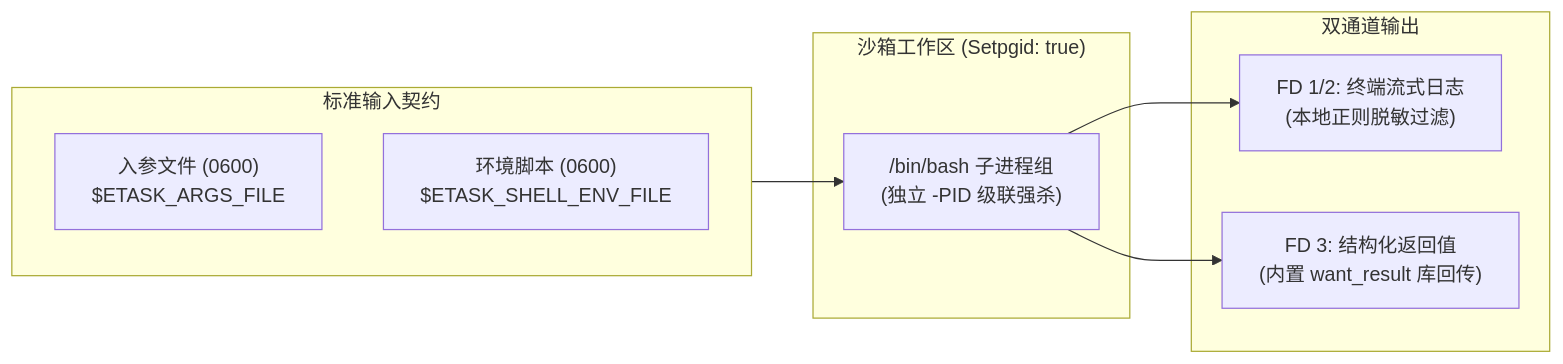
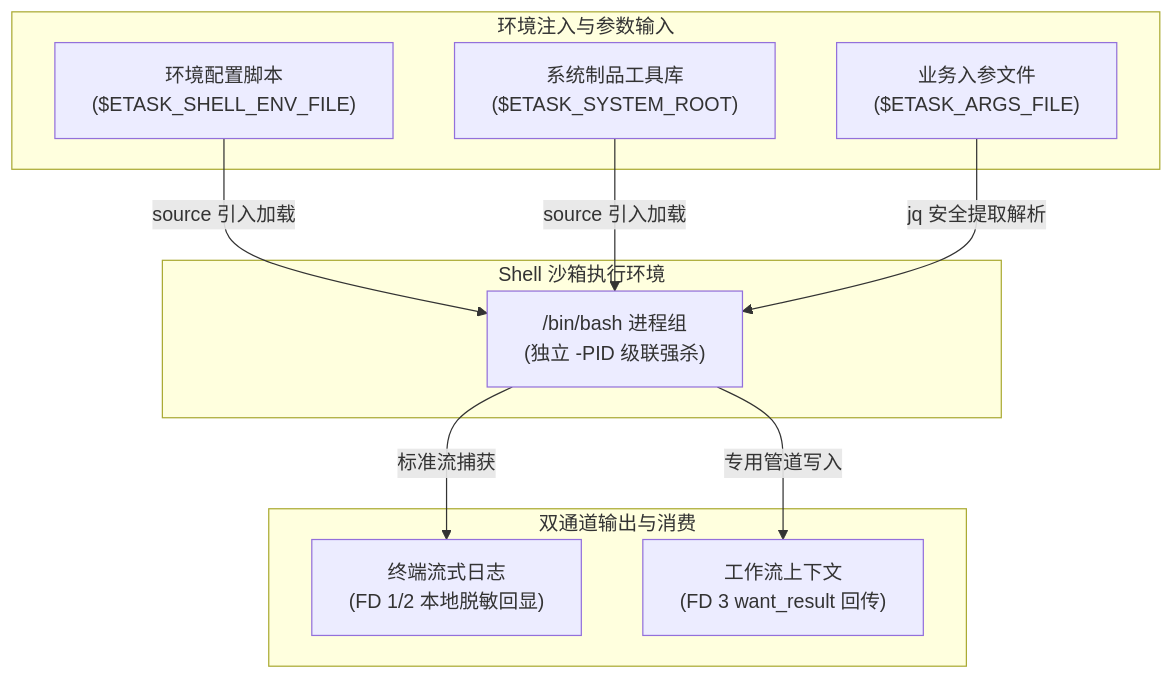
The diagram in docs/task/runner/shell.md (Duke1616/duke1616.github.io), drawn with Mermaid before and after one commit. The commit also changed other lines of this file and 7 other files, not shown here.

Commit message:
docs(task): 重构异构执行引擎体系文档与架构全景图，统称单文件与项目级运行

````diff
--- a/docs/task/runner/shell.md
+++ b/docs/task/runner/shell.md
@@ -5,20 +5,22 @@
 ```mermaid
-flowchart LR
-    subgraph Inputs ["标准输入契约"]
-        Args["入参文件 (0600)<br/>$ETASK_ARGS_FILE"]
-        Env["环境脚本 (0600)<br/>$ETASK_SHELL_ENV_FILE"]
+flowchart TD
+    subgraph Inputs ["环境注入与参数输入"]
+        Env["环境配置脚本<br/>($ETASK_SHELL_ENV_FILE)"]
+        Args["业务入参文件<br/>($ETASK_ARGS_FILE)"]
+        Sys["系统制品工具库<br/>($ETASK_SYSTEM_ROOT)"]
     end
 
-    subgraph Sandbox ["沙箱工作区 (Setpgid: true)"]
-        Bash["/bin/bash 子进程组<br/>(独立 -PID 级联强杀)"]
+    subgraph Sandbox ["Shell 沙箱执行环境"]
+        Runner["/bin/bash 进程组<br/>(独立 -PID 级联强杀)"]
     end
 
-    subgraph Outputs ["双通道输出"]
-        Log["FD 1/2: 终端流式日志<br/>(本地正则脱敏过滤)"]
-        Result["FD 3: 结构化返回值<br/>(内置 want_result 库回传)"]
+    subgraph Outputs ["双通道输出与消费"]
+        Console["终端流式日志<br/>(FD 1/2 本地脱敏回显)"]
+        FD3["工作流上下文<br/>(FD 3 want_result 回传)"]
     end
 
-    Inputs --> Bash
-    Bash --> Log
-    Bash --> Result
+    Env & Sys -->|"source 引入加载"| Runner
+    Args -->|"jq 安全提取解析"| Runner
+    Runner -->|"标准流捕获"| Console
+    Runner -->|"专用管道写入"| FD3
 ```
````
